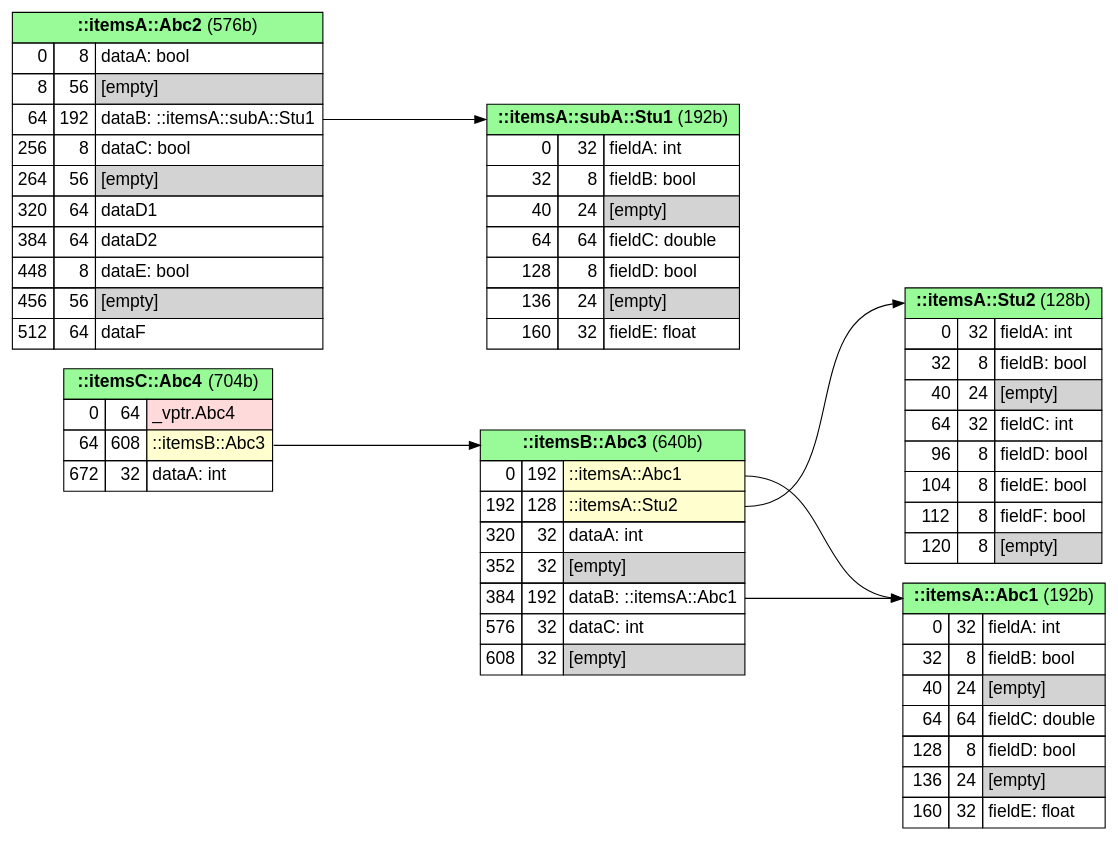
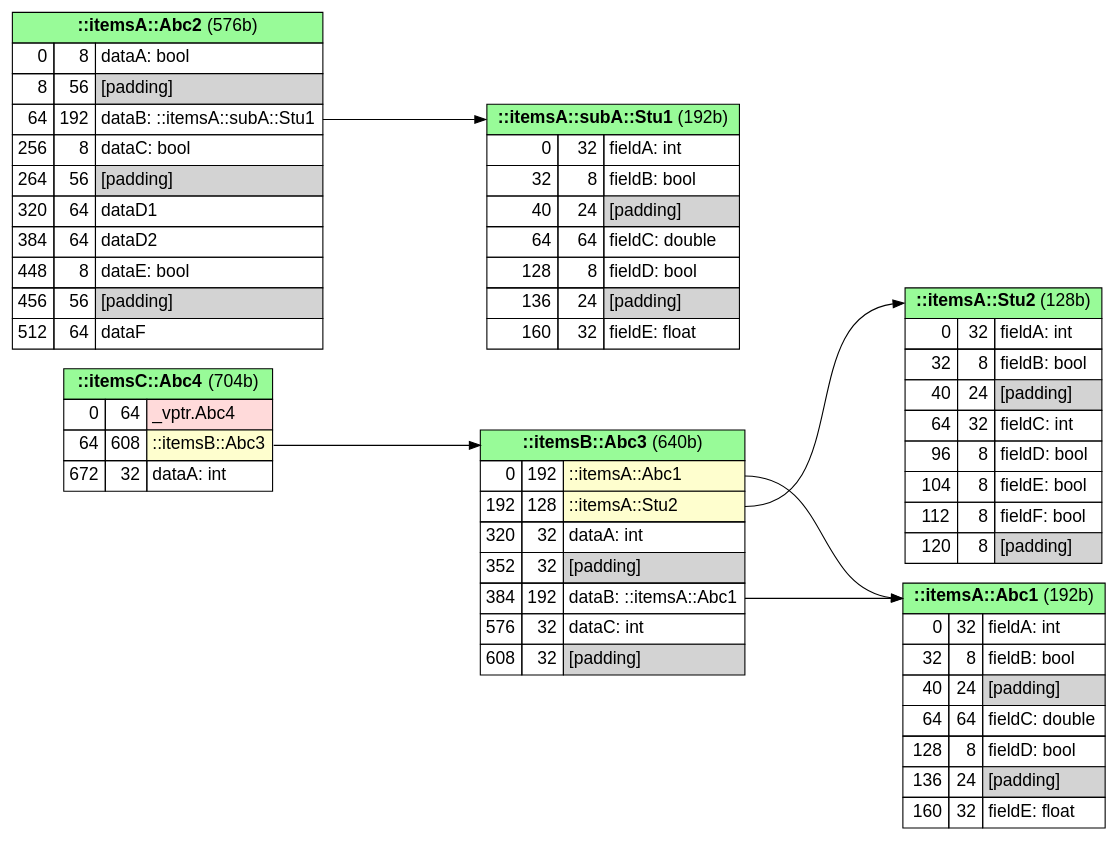
One commit to anetczuk/gcc-uml changed the diagram in examples/memlayout/mem_fields.cpp.dot. Above: the diagram before and after it, drawn with Graphviz. The commit also changed 8 other files, not shown here.

```diff
--- a/examples/memlayout/mem_fields.cpp.dot
+++ b/examples/memlayout/mem_fields.cpp.dot
@@ -1,120 +1,120 @@
 digraph memory_layout {
 
 fontname="Helvetica,Arial,sans-serif"
 node [fontname="Helvetica,Arial,sans-serif"]
 edge [fontname="Helvetica,Arial,sans-serif"]
 
 graph [
     rankdir = "LR"
 ];
 node [
     fontsize = "16"
     shape = "record"
 ];
 
 ranksep = 2
 
 
 # items subgraph
 {
 
     "-itemsC-Abc4" [
         shape=plain
         label=
         <<table border="0" cellborder="1" cellspacing="0" cellpadding="4">
             <tr> <td colspan="3" bgcolor="PaleGreen" port='-1'> <b>::itemsC::Abc4</b>  (704b)</td> </tr>
             <tr> <td align="right" port='in_0'>0</td> <td align="right">64</td> <td align="left" bgcolor='#ffdada' port='out_0'>_vptr.Abc4</td> </tr>
             <tr> <td align="right" port='in_1'>64</td> <td align="right">608</td> <td align="left" bgcolor='#FEFECE' port='out_1'>::itemsB::Abc3</td> </tr>
             <tr> <td align="right" port='in_2'>672</td> <td align="right">32</td> <td align="left" port='out_2'>dataA: int</td> </tr>
         </table>>
     ]
 
     "-itemsB-Abc3" [
         shape=plain
         label=
         <<table border="0" cellborder="1" cellspacing="0" cellpadding="4">
             <tr> <td colspan="3" bgcolor="PaleGreen" port='-1'> <b>::itemsB::Abc3</b>  (640b)</td> </tr>
             <tr> <td align="right" port='in_0'>0</td> <td align="right">192</td> <td align="left" bgcolor='#FEFECE' port='out_0'>::itemsA::Abc1</td> </tr>
             <tr> <td align="right" port='in_1'>192</td> <td align="right">128</td> <td align="left" bgcolor='#FEFECE' port='out_1'>::itemsA::Stu2</td> </tr>
             <tr> <td align="right" port='in_2'>320</td> <td align="right">32</td> <td align="left" port='out_2'>dataA: int</td> </tr>
-            <tr> <td align="right" port='in_3'>352</td> <td align="right">32</td> <td align="left" bgcolor='lightgray' port='out_3'>[empty]</td> </tr>
+            <tr> <td align="right" port='in_3'>352</td> <td align="right">32</td> <td align="left" bgcolor='lightgray' port='out_3'>[padding]</td> </tr>
             <tr> <td align="right" port='in_4'>384</td> <td align="right">192</td> <td align="left" port='out_4'>dataB: ::itemsA::Abc1</td> </tr>
             <tr> <td align="right" port='in_5'>576</td> <td align="right">32</td> <td align="left" port='out_5'>dataC: int</td> </tr>
-            <tr> <td align="right" port='in_6'>608</td> <td align="right">32</td> <td align="left" bgcolor='lightgray' port='out_6'>[empty]</td> </tr>
+            <tr> <td align="right" port='in_6'>608</td> <td align="right">32</td> <td align="left" bgcolor='lightgray' port='out_6'>[padding]</td> </tr>
         </table>>
     ]
 
     "-itemsA-Abc2" [
         shape=plain
         label=
         <<table border="0" cellborder="1" cellspacing="0" cellpadding="4">
             <tr> <td colspan="3" bgcolor="PaleGreen" port='-1'> <b>::itemsA::Abc2</b>  (576b)</td> </tr>
             <tr> <td align="right" port='in_0'>0</td> <td align="right">8</td> <td align="left" port='out_0'>dataA: bool</td> </tr>
-            <tr> <td align="right" port='in_1'>8</td> <td align="right">56</td> <td align="left" bgcolor='lightgray' port='out_1'>[empty]</td> </tr>
+            <tr> <td align="right" port='in_1'>8</td> <td align="right">56</td> <td align="left" bgcolor='lightgray' port='out_1'>[padding]</td> </tr>
             <tr> <td align="right" port='in_2'>64</td> <td align="right">192</td> <td align="left" port='out_2'>dataB: ::itemsA::subA::Stu1</td> </tr>
             <tr> <td align="right" port='in_3'>256</td> <td align="right">8</td> <td align="left" port='out_3'>dataC: bool</td> </tr>
-            <tr> <td align="right" port='in_4'>264</td> <td align="right">56</td> <td align="left" bgcolor='lightgray' port='out_4'>[empty]</td> </tr>
+            <tr> <td align="right" port='in_4'>264</td> <td align="right">56</td> <td align="left" bgcolor='lightgray' port='out_4'>[padding]</td> </tr>
             <tr> <td align="right" port='in_5'>320</td> <td align="right">64</td> <td align="left" port='out_5'>dataD1</td> </tr>
             <tr> <td align="right" port='in_6'>384</td> <td align="right">64</td> <td align="left" port='out_6'>dataD2</td> </tr>
             <tr> <td align="right" port='in_7'>448</td> <td align="right">8</td> <td align="left" port='out_7'>dataE: bool</td> </tr>
-            <tr> <td align="right" port='in_8'>456</td> <td align="right">56</td> <td align="left" bgcolor='lightgray' port='out_8'>[empty]</td> </tr>
+            <tr> <td align="right" port='in_8'>456</td> <td align="right">56</td> <td align="left" bgcolor='lightgray' port='out_8'>[padding]</td> </tr>
             <tr> <td align="right" port='in_9'>512</td> <td align="right">64</td> <td align="left" port='out_9'>dataF</td> </tr>
         </table>>
     ]
 
     "-itemsA-Abc1" [
         shape=plain
         label=
         <<table border="0" cellborder="1" cellspacing="0" cellpadding="4">
             <tr> <td colspan="3" bgcolor="PaleGreen" port='-1'> <b>::itemsA::Abc1</b>  (192b)</td> </tr>
             <tr> <td align="right" port='in_0'>0</td> <td align="right">32</td> <td align="left" port='out_0'>fieldA: int</td> </tr>
             <tr> <td align="right" port='in_1'>32</td> <td align="right">8</td> <td align="left" port='out_1'>fieldB: bool</td> </tr>
-            <tr> <td align="right" port='in_2'>40</td> <td align="right">24</td> <td align="left" bgcolor='lightgray' port='out_2'>[empty]</td> </tr>
+            <tr> <td align="right" port='in_2'>40</td> <td align="right">24</td> <td align="left" bgcolor='lightgray' port='out_2'>[padding]</td> </tr>
             <tr> <td align="right" port='in_3'>64</td> <td align="right">64</td> <td align="left" port='out_3'>fieldC: double</td> </tr>
             <tr> <td align="right" port='in_4'>128</td> <td align="right">8</td> <td align="left" port='out_4'>fieldD: bool</td> </tr>
-            <tr> <td align="right" port='in_5'>136</td> <td align="right">24</td> <td align="left" bgcolor='lightgray' port='out_5'>[empty]</td> </tr>
+            <tr> <td align="right" port='in_5'>136</td> <td align="right">24</td> <td align="left" bgcolor='lightgray' port='out_5'>[padding]</td> </tr>
             <tr> <td align="right" port='in_6'>160</td> <td align="right">32</td> <td align="left" port='out_6'>fieldE: float</td> </tr>
         </table>>
     ]
 
     "-itemsA-Stu2" [
         shape=plain
         label=
         <<table border="0" cellborder="1" cellspacing="0" cellpadding="4">
             <tr> <td colspan="3" bgcolor="PaleGreen" port='-1'> <b>::itemsA::Stu2</b>  (128b)</td> </tr>
             <tr> <td align="right" port='in_0'>0</td> <td align="right">32</td> <td align="left" port='out_0'>fieldA: int</td> </tr>
             <tr> <td align="right" port='in_1'>32</td> <td align="right">8</td> <td align="left" port='out_1'>fieldB: bool</td> </tr>
-            <tr> <td align="right" port='in_2'>40</td> <td align="right">24</td> <td align="left" bgcolor='lightgray' port='out_2'>[empty]</td> </tr>
+            <tr> <td align="right" port='in_2'>40</td> <td align="right">24</td> <td align="left" bgcolor='lightgray' port='out_2'>[padding]</td> </tr>
             <tr> <td align="right" port='in_3'>64</td> <td align="right">32</td> <td align="left" port='out_3'>fieldC: int</td> </tr>
             <tr> <td align="right" port='in_4'>96</td> <td align="right">8</td> <td align="left" port='out_4'>fieldD: bool</td> </tr>
             <tr> <td align="right" port='in_5'>104</td> <td align="right">8</td> <td align="left" port='out_5'>fieldE: bool</td> </tr>
             <tr> <td align="right" port='in_6'>112</td> <td align="right">8</td> <td align="left" port='out_6'>fieldF: bool</td> </tr>
-            <tr> <td align="right" port='in_7'>120</td> <td align="right">8</td> <td align="left" bgcolor='lightgray' port='out_7'>[empty]</td> </tr>
+            <tr> <td align="right" port='in_7'>120</td> <td align="right">8</td> <td align="left" bgcolor='lightgray' port='out_7'>[padding]</td> </tr>
         </table>>
     ]
 
     "-itemsA-subA-Stu1" [
         shape=plain
         label=
         <<table border="0" cellborder="1" cellspacing="0" cellpadding="4">
             <tr> <td colspan="3" bgcolor="PaleGreen" port='-1'> <b>::itemsA::subA::Stu1</b>  (192b)</td> </tr>
             <tr> <td align="right" port='in_0'>0</td> <td align="right">32</td> <td align="left" port='out_0'>fieldA: int</td> </tr>
             <tr> <td align="right" port='in_1'>32</td> <td align="right">8</td> <td align="left" port='out_1'>fieldB: bool</td> </tr>
-            <tr> <td align="right" port='in_2'>40</td> <td align="right">24</td> <td align="left" bgcolor='lightgray' port='out_2'>[empty]</td> </tr>
+            <tr> <td align="right" port='in_2'>40</td> <td align="right">24</td> <td align="left" bgcolor='lightgray' port='out_2'>[padding]</td> </tr>
             <tr> <td align="right" port='in_3'>64</td> <td align="right">64</td> <td align="left" port='out_3'>fieldC: double</td> </tr>
             <tr> <td align="right" port='in_4'>128</td> <td align="right">8</td> <td align="left" port='out_4'>fieldD: bool</td> </tr>
-            <tr> <td align="right" port='in_5'>136</td> <td align="right">24</td> <td align="left" bgcolor='lightgray' port='out_5'>[empty]</td> </tr>
+            <tr> <td align="right" port='in_5'>136</td> <td align="right">24</td> <td align="left" bgcolor='lightgray' port='out_5'>[padding]</td> </tr>
             <tr> <td align="right" port='in_6'>160</td> <td align="right">32</td> <td align="left" port='out_6'>fieldE: float</td> </tr>
         </table>>
     ]
 
 
     "-itemsC-Abc4":"out_1" -> "-itemsB-Abc3":"-1"
     "-itemsB-Abc3":"out_0" -> "-itemsA-Abc1":"-1"
     "-itemsB-Abc3":"out_1" -> "-itemsA-Stu2":"-1"
     "-itemsB-Abc3":"out_4" -> "-itemsA-Abc1":"-1"
     "-itemsA-Abc2":"out_2" -> "-itemsA-subA-Stu1":"-1"
 
 }  # end of items subgraph
 
 }  # end of graph
```
